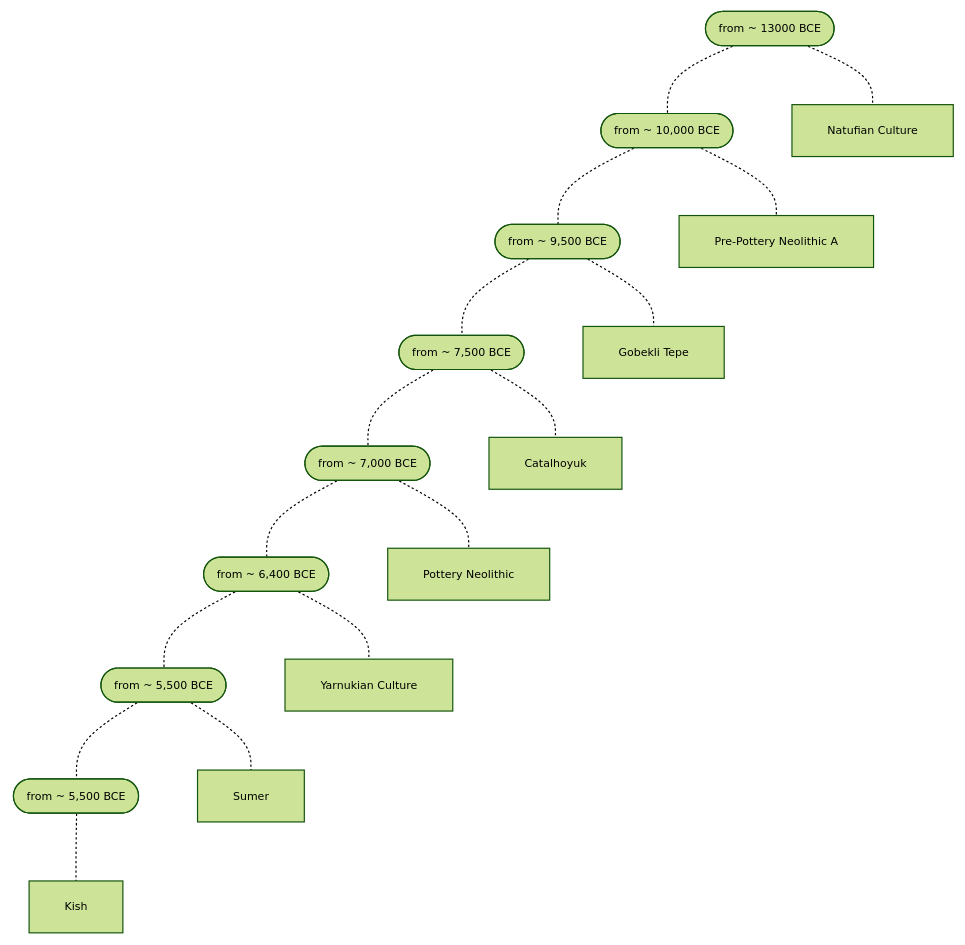
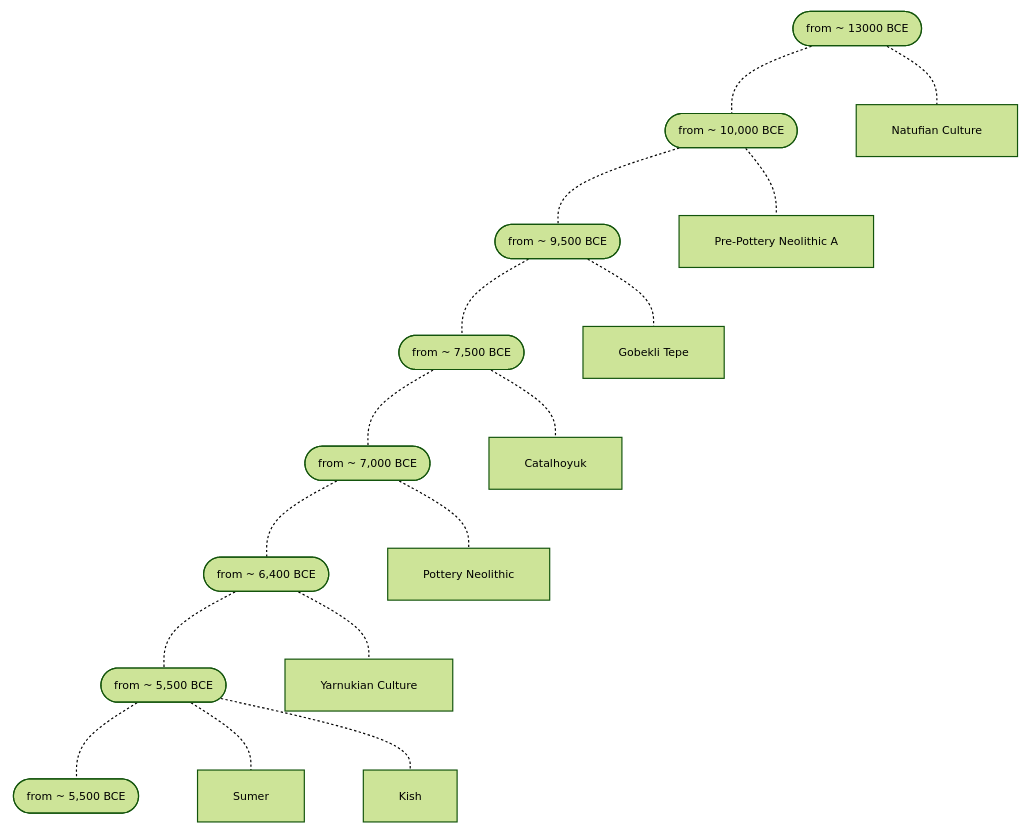
Before and after one commit to joe-dorward/samples: the diagram in 0000_General/timeline_v1.01.md, drawn with Mermaid.

````diff
--- a/0000_General/timeline_v1.01.md
+++ b/0000_General/timeline_v1.01.md
@@ -1,31 +1,31 @@
 ```mermaid
 %%{init: { 'theme':'forest', 'themeVariables': { 'fontSize':'7pt' } }}%%
 flowchart TD
     %% ========== ========== ========== ========== ==========
     13000([from ~ 13000 BCE])-.-
     10000([from ~ 10,000 BCE])-.-
     9500([from ~ 9,500 BCE])-.-
     7500([from ~ 7,500 BCE])-.-
     7000([from ~ 7,000 BCE])-.-
     6400([from ~ 6,400 BCE])-.-
     5500_SUMER([from ~ 5,500 BCE])-.-
     5500_KISH([from ~ 5,500 BCE])
 
     NATUFIAN[Natufian Culture]
     PRE_POTTERY_NEOLITHIC_A[Pre-Pottery Neolithic A]
     GOBEKLI_TEPE[Gobekli Tepe]
     CATALHOYUK[Catalhoyuk]
     POTTERY_NEOLITHIC[Pottery Neolithic]
     YARNUKIAN["Yarnukian Culture"]
     SUMER[Sumer]
-    KISH[Kish]
+    %%KISH[Kish]
 
     13000-.-NATUFIAN
     10000-.-PRE_POTTERY_NEOLITHIC_A
     9500-.-GOBEKLI_TEPE
     7500-.-CATALHOYUK
     7000-.-POTTERY_NEOLITHIC
     6400-.-YARNUKIAN
     5500_SUMER-.-SUMER[Sumer]
-    5500_KISH-.-KISH[Kish]
+    5500_SUMER-.-KISH[Kish]
 ```
````
